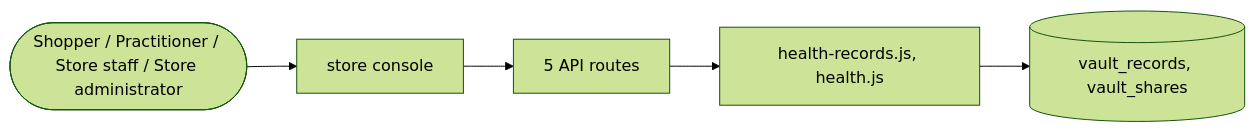
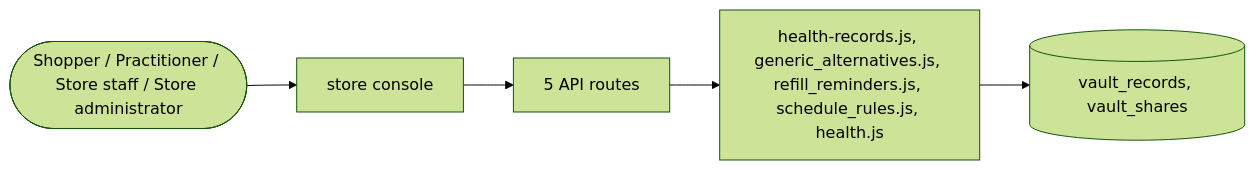
The diagram in docs/domains/health.md (echelonxventures-Projects/universal-product), drawn with Mermaid (forest theme) before and after one commit. The commit also changed other lines of this file and 67 other files, not shown here.

````diff
--- a/docs/domains/health.md
+++ b/docs/domains/health.md
@@ -89,8 +117,8 @@
 ```mermaid
 flowchart LR
   U([Shopper / Practitioner / Store staff / Store administrator]) --> UI[store console]
   UI --> API[5 API routes]
-  API --> ENG[health-records.js, health.js]
+  API --> ENG[health-records.js, generic_alternatives.js, refill_reminders.js, schedule_rules.js, health.js]
   ENG --> DB[(vault_records, vault_shares)]
 
 ```
````
